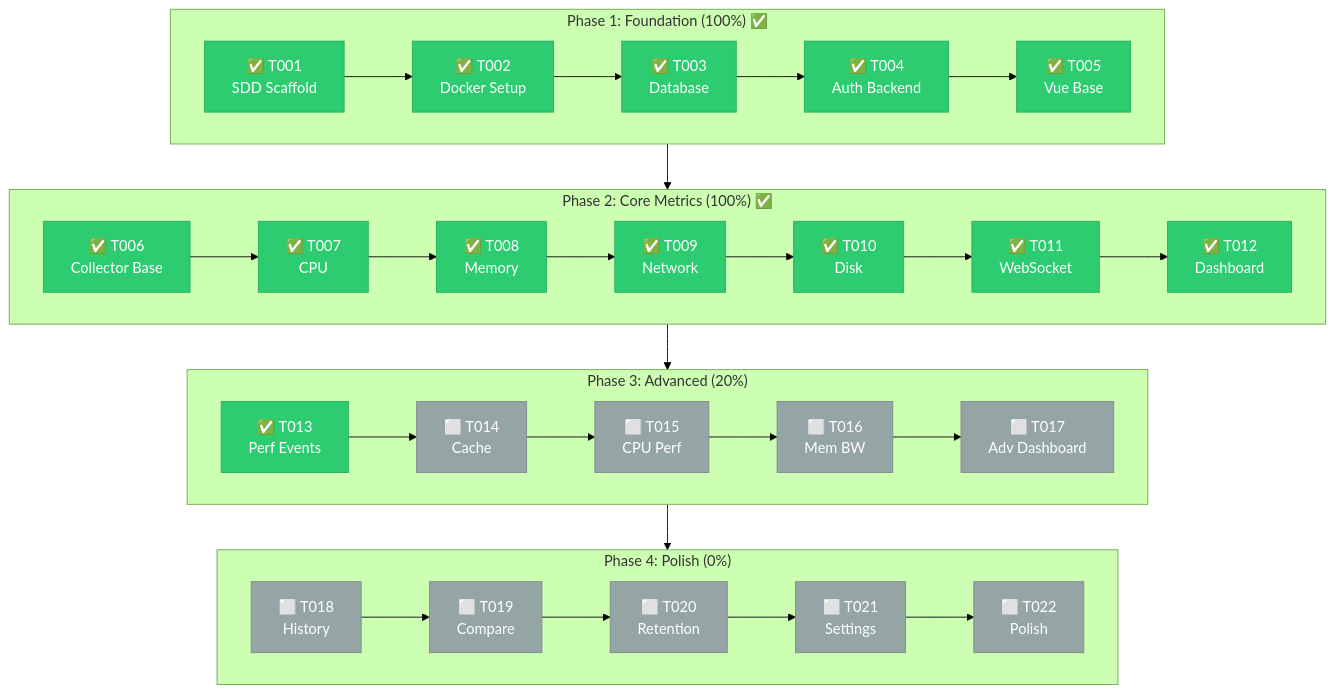
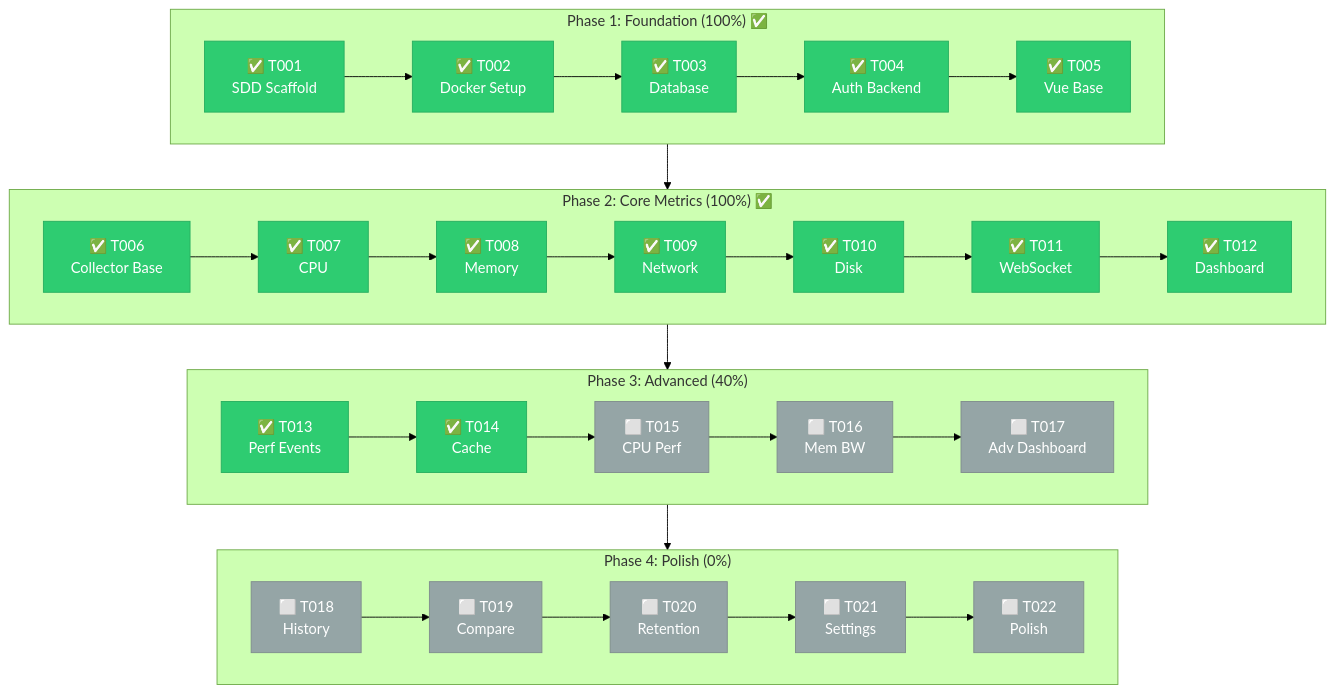
The diagram in README.md (zhyndalf/perfwatch), drawn with Mermaid (forest theme) before and after one commit. The commit also changed other lines of this file and 6 other files, not shown here.

````diff
--- a/README.md
+++ b/README.md
@@ -19,50 +19,50 @@
 ```mermaid
 flowchart TB
     subgraph P1["Phase 1: Foundation (100%) ✅"]
         T001["✅ T001<br/>SDD Scaffold"]
         T002["✅ T002<br/>Docker Setup"]
         T003["✅ T003<br/>Database"]
         T004["✅ T004<br/>Auth Backend"]
         T005["✅ T005<br/>Vue Base"]
         T001 --> T002 --> T003 --> T004 --> T005
     end
 
     subgraph P2["Phase 2: Core Metrics (100%) ✅"]
         T006["✅ T006<br/>Collector Base"]
         T007["✅ T007<br/>CPU"]
         T008["✅ T008<br/>Memory"]
         T009["✅ T009<br/>Network"]
         T010["✅ T010<br/>Disk"]
         T011["✅ T011<br/>WebSocket"]
         T012["✅ T012<br/>Dashboard"]
         T006 --> T007 --> T008 --> T009 --> T010 --> T011 --> T012
     end
 
-    subgraph P3["Phase 3: Advanced (20%)"]
+    subgraph P3["Phase 3: Advanced (40%)"]
         T013["✅ T013<br/>Perf Events"]
-        T014["⬜ T014<br/>Cache"]
+        T014["✅ T014<br/>Cache"]
         T015["⬜ T015<br/>CPU Perf"]
         T016["⬜ T016<br/>Mem BW"]
         T017["⬜ T017<br/>Adv Dashboard"]
         T013 --> T014 --> T015 --> T016 --> T017
     end
 
     subgraph P4["Phase 4: Polish (0%)"]
         T018["⬜ T018<br/>History"]
         T019["⬜ T019<br/>Compare"]
         T020["⬜ T020<br/>Retention"]
         T021["⬜ T021<br/>Settings"]
         T022["⬜ T022<br/>Polish"]
         T018 --> T019 --> T020 --> T021 --> T022
     end
 
     P1 --> P2 --> P3 --> P4
 
     %% Styles
     classDef done fill:#2ecc71,stroke:#27ae60,color:#fff
     classDef progress fill:#f39c12,stroke:#e67e22,color:#fff
     classDef todo fill:#95a5a6,stroke:#7f8c8d,color:#fff
 
-    class T001,T002,T003,T004,T005,T006,T007,T008,T009,T010,T011,T012,T013 done
-    class T014,T015,T016,T017,T018,T019,T020,T021,T022 todo
+    class T001,T002,T003,T004,T005,T006,T007,T008,T009,T010,T011,T012,T013,T014 done
+    class T015,T016,T017,T018,T019,T020,T021,T022 todo
 ```
````
